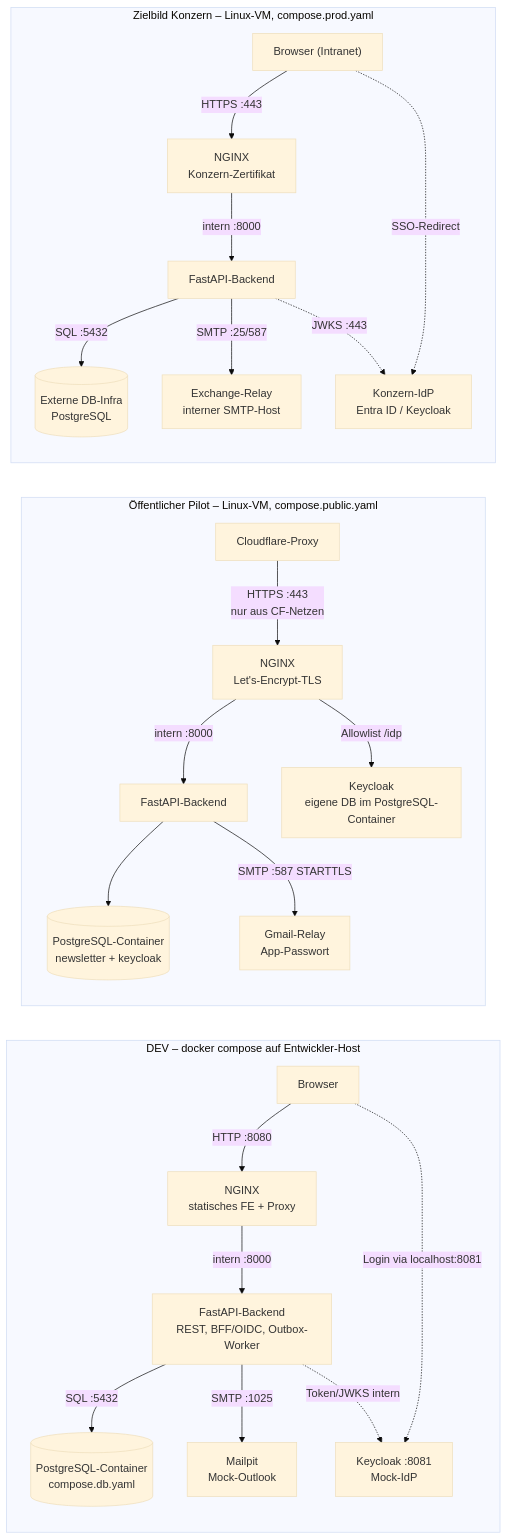
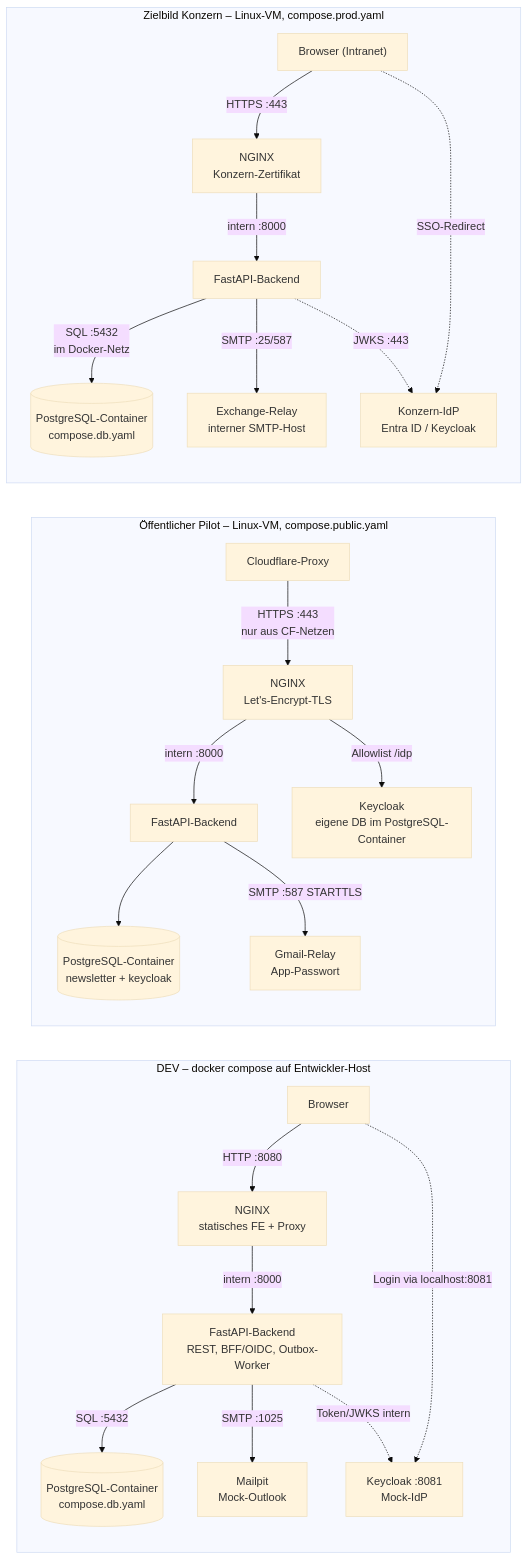
Before and after one commit to NeoAsylum/kundeninfo_newsletter: the diagram in docs/ARCHITECTURE.md, drawn with Mermaid (base theme). The commit also changed other lines of this file and 6 other files, not shown here.

````diff
--- a/docs/ARCHITECTURE.md
+++ b/docs/ARCHITECTURE.md
@@ -9,28 +9,28 @@
 ```mermaid
 flowchart LR
   subgraph DEV["DEV – docker compose auf Entwickler-Host"]
     B1["Browser"] -->|"HTTP :8080"| N1["NGINX<br/>statisches FE + Proxy"]
     N1 -->|"intern :8000"| A1["FastAPI-Backend<br/>REST, BFF/OIDC, Outbox-Worker"]
     A1 -->|"SQL :5432"| DB1[("PostgreSQL-Container<br/>compose.db.yaml")]
     A1 -->|"SMTP :1025"| MP["Mailpit<br/>Mock-Outlook"]
     B1 -.->|"Login via localhost:8081"| KC["Keycloak :8081<br/>Mock-IdP"]
     A1 -.->|"Token/JWKS intern"| KC
   end
 
   subgraph PILOT["Öffentlicher Pilot – Linux-VM, compose.public.yaml"]
     CF["Cloudflare-Proxy"] -->|"HTTPS :443<br/>nur aus CF-Netzen"| N3["NGINX<br/>Let's-Encrypt-TLS"]
     N3 -->|"intern :8000"| A3["FastAPI-Backend"]
     N3 -->|"Allowlist /idp"| KC3["Keycloak<br/>eigene DB im PostgreSQL-Container"]
     A3 --> DB3[("PostgreSQL-Container<br/>newsletter + keycloak")]
     A3 -->|"SMTP :587 STARTTLS"| GM["Gmail-Relay<br/>App-Passwort"]
   end
 
   subgraph PROD["Zielbild Konzern – Linux-VM, compose.prod.yaml"]
     B2["Browser (Intranet)"] -->|"HTTPS :443"| N2["NGINX<br/>Konzern-Zertifikat"]
     N2 -->|"intern :8000"| A2["FastAPI-Backend"]
-    A2 -->|"SQL :5432"| XDB[("Externe DB-Infra<br/>PostgreSQL")]
+    A2 -->|"SQL :5432<br/>im Docker-Netz"| DB2[("PostgreSQL-Container<br/>compose.db.yaml")]
     B2 -.->|"SSO-Redirect"| IDP["Konzern-IdP<br/>Entra ID / Keycloak"]
     A2 -->|"SMTP :25/587"| XR["Exchange-Relay<br/>interner SMTP-Host"]
     A2 -.->|"JWKS :443"| IDP
   end
 ```
````
